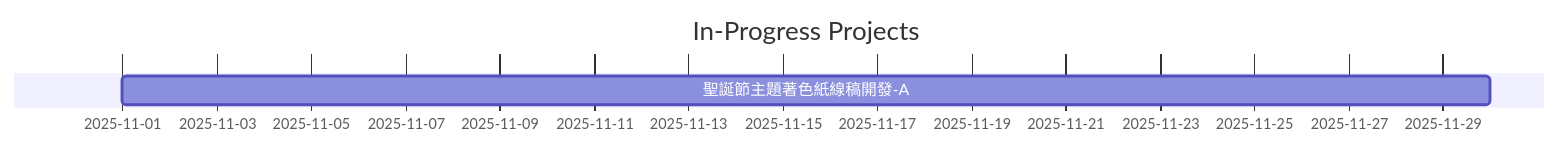
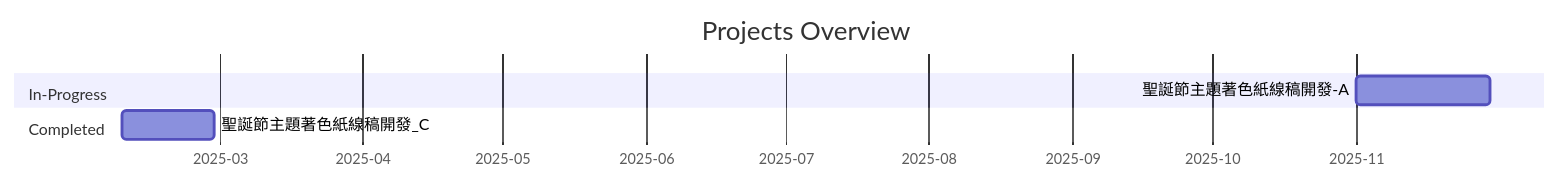
Before and after one commit to Labujuice/WorkItem_management: the diagram in people/王小美.md, drawn with Mermaid. The commit also changed 1 other file, not shown here.

Commit message:
first update

````diff
--- a/people/王小美.md
+++ b/people/王小美.md
@@ -9,6 +9,11 @@
 ```mermaid
 gantt
     dateFormat  YYYY-MM-DD
-    title In-Progress Projects
+    axisFormat %Y-%m
+    title Projects Overview
+
+    section In-Progress
     聖誕節主題著色紙線稿開發-A :2025-11-01, 2025-11-30
+    section Completed
+    聖誕節主題著色紙線稿開發_C :2025-02-08, 2025-02-28
 ```
````
